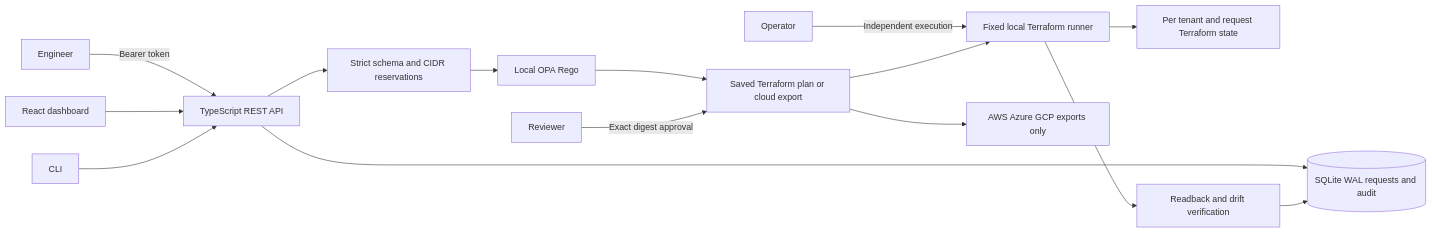
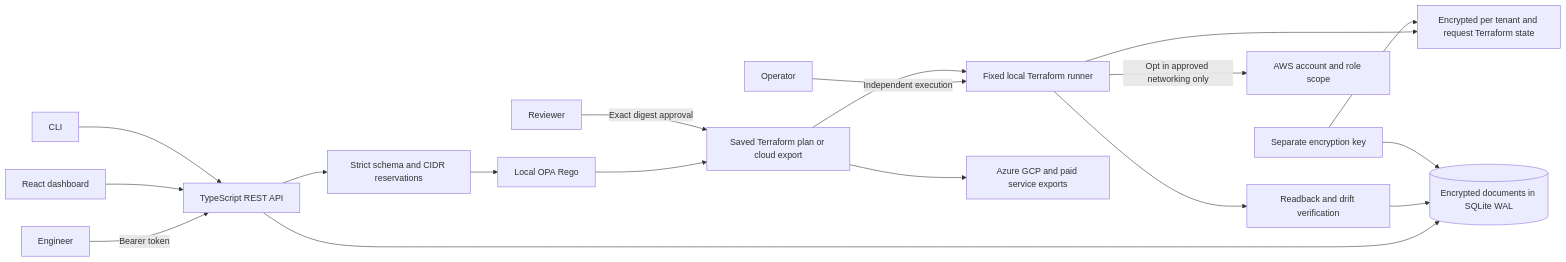
Before and after one commit to jayekwere/infraforge: the first of 3 diagrams in docs/architecture.md, drawn with Mermaid. The commit also changed other lines of this file and 51 other files, not shown here.

Commit message:
Encrypt state and gate isolated AWS networking by exact-plan approval

````diff
--- a/docs/architecture.md
+++ b/docs/architecture.md
@@ -3,17 +3,20 @@
 ```mermaid
 flowchart LR
   Engineer -->|Bearer token| API[TypeScript REST API]
   Dashboard[React dashboard] --> API
   CLI --> API
   API --> Validation[Strict schema and CIDR reservations]
   Validation --> OPA[Local OPA Rego]
   OPA --> Plan[Saved Terraform plan or cloud export]
   Reviewer -->|Exact digest approval| Plan
   Operator -->|Independent execution| Runner[Fixed local Terraform runner]
   Plan --> Runner
-  Runner --> State[Per tenant and request Terraform state]
-  API --> DB[(SQLite WAL requests and audit)]
+  Runner --> State[Encrypted per tenant and request Terraform state]
+  API --> DB[(Encrypted documents in SQLite WAL)]
   Runner --> Readback[Readback and drift verification]
   Readback --> DB
-  Plan --> Exports[AWS Azure GCP exports only]
+  Plan --> Exports[Azure GCP and paid service exports]
+  Runner -->|Opt in approved networking only| AWS[AWS account and role scope]
+  Key[Separate encryption key] --> DB
+  Key --> State
 ```
````
